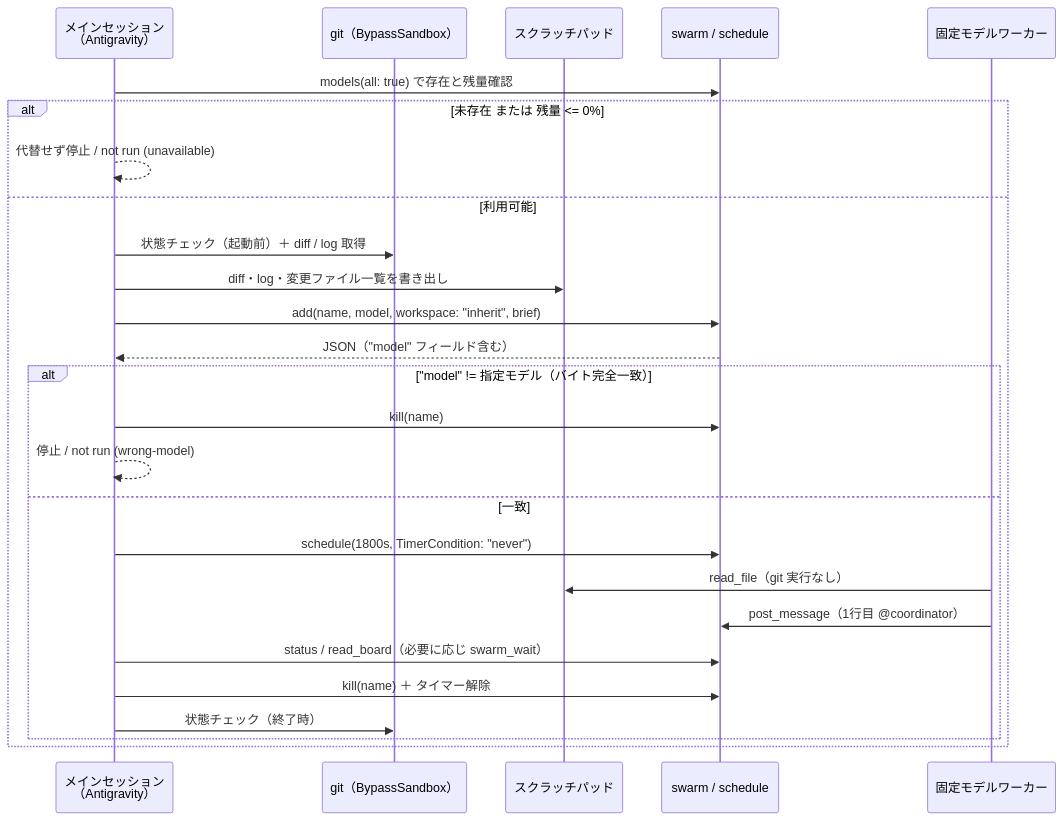
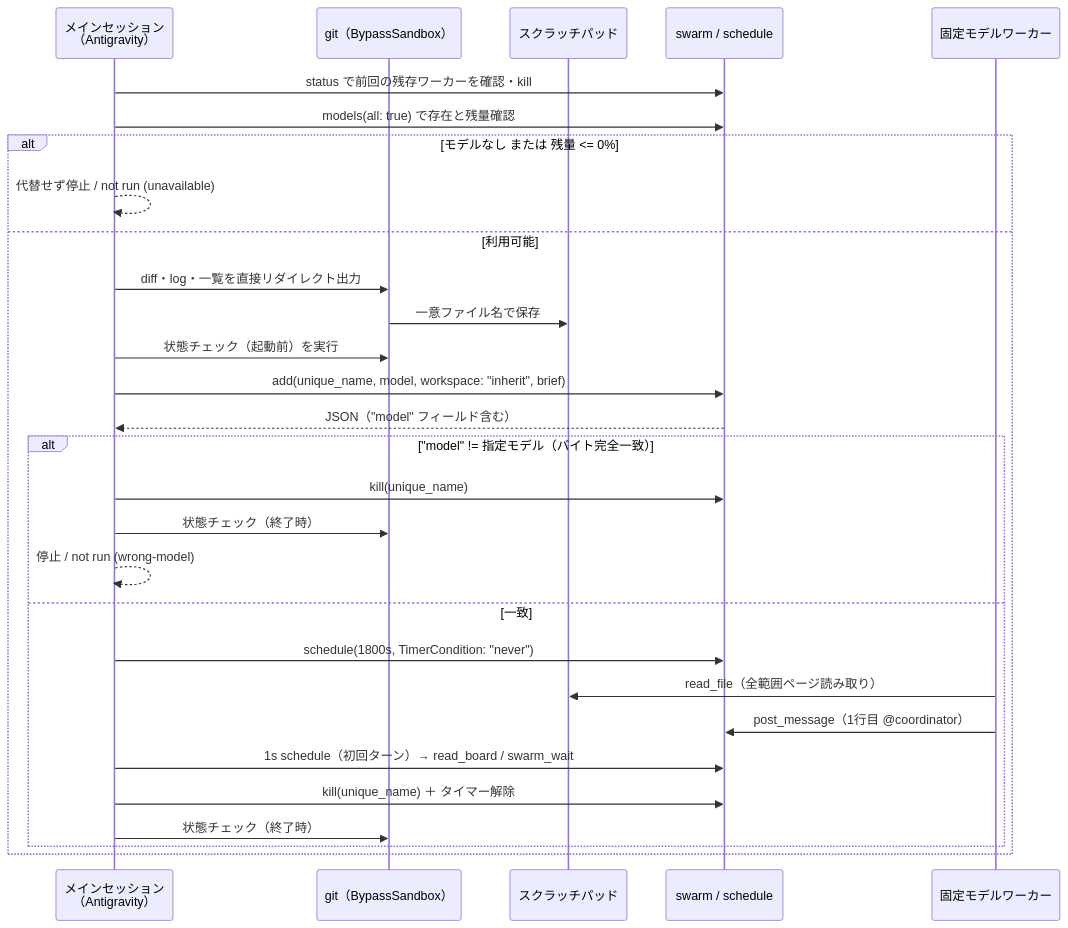
One commit to isseis/yt2column changed the third of 7 diagrams in docs/tasks/0120_harness_independent_commands/02_architecture.md. Above: the diagram before and after it, drawn with Mermaid. The commit also changed other lines of this file and 2 other files, not shown here.

````diff
--- a/docs/tasks/0120_harness_independent_commands/02_architecture.md
+++ b/docs/tasks/0120_harness_independent_commands/02_architecture.md
@@ -238,29 +238,32 @@
 ```mermaid
 sequenceDiagram
     participant Main as メインセッション<br>（Antigravity）
     participant Git as git（BypassSandbox）
     participant Scratch as スクラッチパッド
     participant Swarm as swarm / schedule
     participant Worker as 固定モデルワーカー
 
+    Main->>Swarm: status で前回の残存ワーカーを確認・kill
     Main->>Swarm: models(all: true) で存在と残量確認
-    alt 未存在 または 残量 <= 0%
+    alt モデルなし または 残量 <= 0%
         Main-->>Main: 代替せず停止 / not run (unavailable)
     else 利用可能
-        Main->>Git: 状態チェック（起動前）＋ diff / log 取得
-        Main->>Scratch: diff・log・変更ファイル一覧を書き出し
-        Main->>Swarm: add(name, model, workspace: "inherit", brief)
+        Main->>Git: diff・log・一覧を直接リダイレクト出力
+        Git->>Scratch: 一意ファイル名で保存
+        Main->>Git: 状態チェック（起動前）を実行
+        Main->>Swarm: add(unique_name, model, workspace: "inherit", brief)
         Swarm-->>Main: JSON（"model" フィールド含む）
         alt "model" != 指定モデル（バイト完全一致）
-            Main->>Swarm: kill(name)
+            Main->>Swarm: kill(unique_name)
+            Main->>Git: 状態チェック（終了時）
             Main-->>Main: 停止 / not run (wrong-model)
         else 一致
             Main->>Swarm: schedule(1800s, TimerCondition: "never")
-            Worker->>Scratch: read_file（git 実行なし）
+            Worker->>Scratch: read_file（全範囲ページ読み取り）
             Worker->>Swarm: post_message（1行目 @coordinator）
-            Main->>Swarm: status / read_board（必要に応じ swarm_wait）
-            Main->>Swarm: kill(name) ＋ タイマー解除
+            Main->>Swarm: 1s schedule（初回ターン）→ read_board / swarm_wait
+            Main->>Swarm: kill(unique_name) ＋ タイマー解除
             Main->>Git: 状態チェック（終了時）
         end
     end
 ```
````
